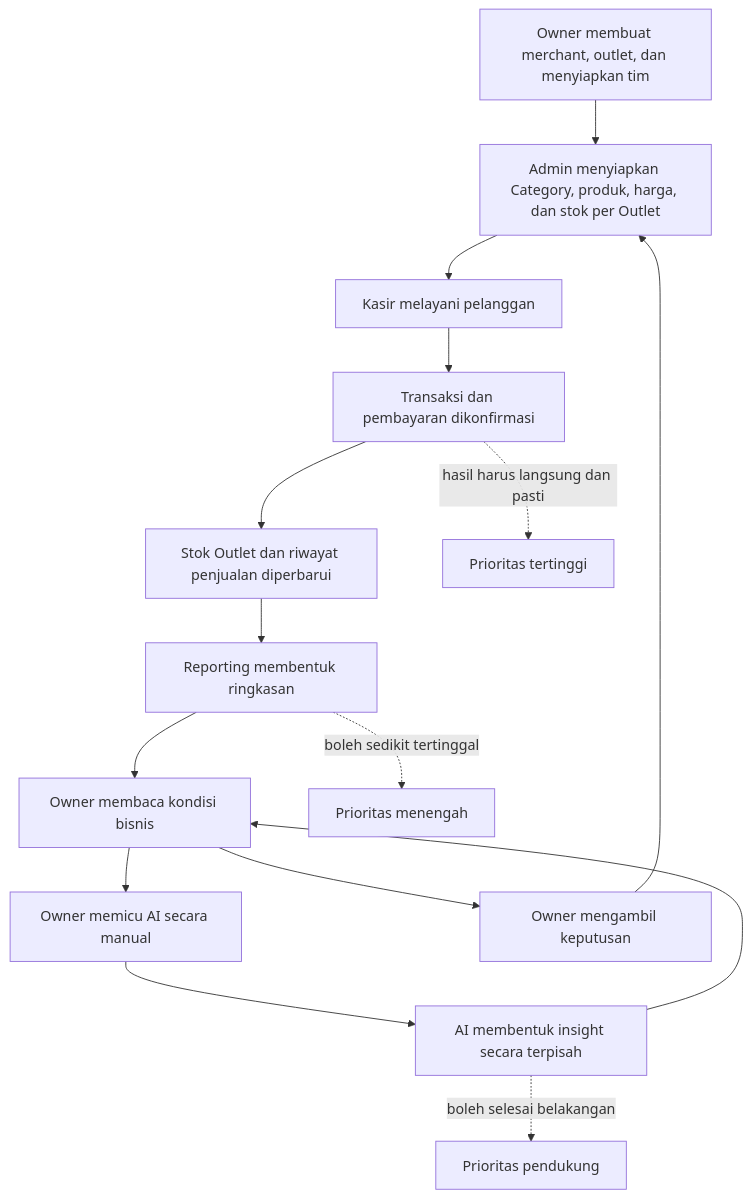
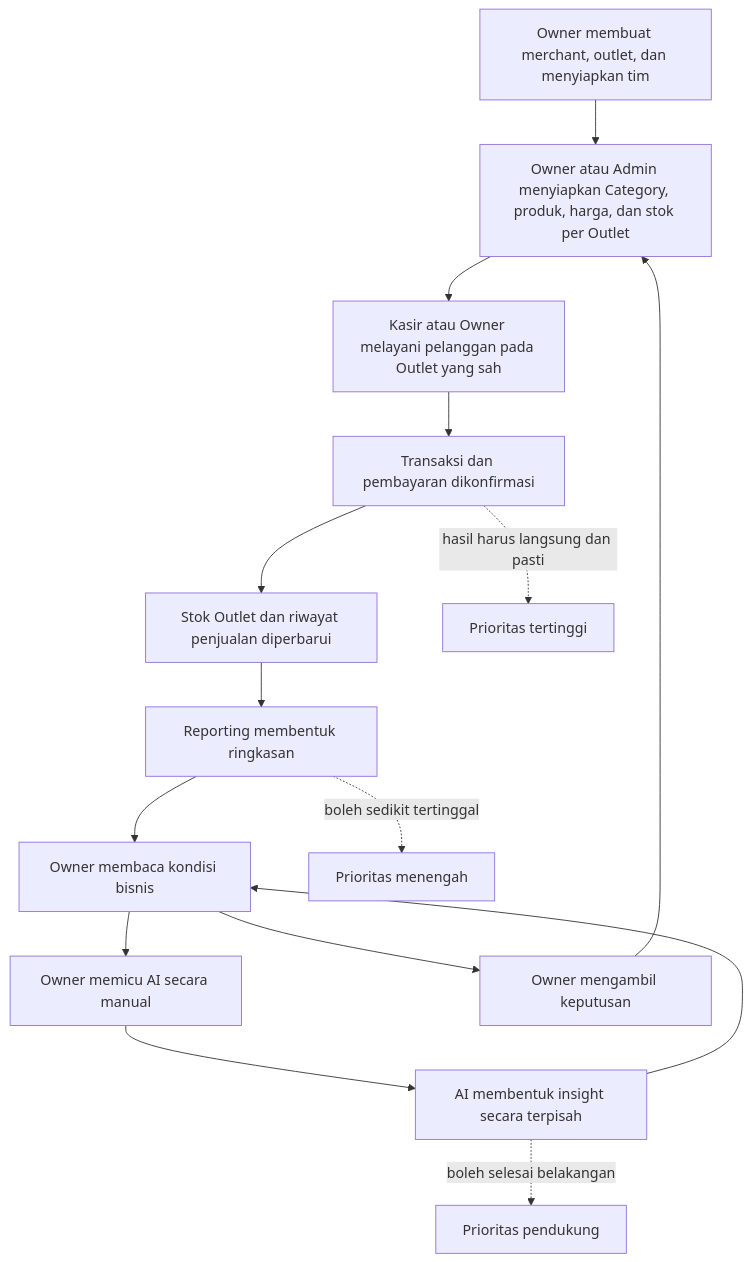
The diagram in docs/deliverables/02-iterasi-1-proposed-urs.md (TeamOneee/pos-project-be), drawn with Mermaid before and after one commit. The commit also changed other lines of this file and 4 other files, not shown here.

````diff
--- a/docs/deliverables/02-iterasi-1-proposed-urs.md
+++ b/docs/deliverables/02-iterasi-1-proposed-urs.md
@@ -185,3 +185,3 @@
 ```mermaid
-flowchart TD; A["Owner membuat merchant, outlet, dan menyiapkan tim"] --> B["Admin menyiapkan Category, produk, harga, dan stok per Outlet"]; B --> C["Kasir melayani pelanggan"]; C --> D["Transaksi dan pembayaran dikonfirmasi"]; D --> E["Stok Outlet dan riwayat penjualan diperbarui"]; E --> F["Reporting membentuk ringkasan"]; F --> H["Owner membaca kondisi bisnis"]; H --> G["Owner memicu AI secara manual"]; G --> J["AI membentuk insight secara terpisah"]; J --> H; H --> I["Owner mengambil keputusan"]; I --> B; D -. "hasil harus langsung dan pasti" .-> K["Prioritas tertinggi"]; F -. "boleh sedikit tertinggal" .-> L["Prioritas menengah"]; J -. "boleh selesai belakangan" .-> M["Prioritas pendukung"];
+flowchart TD; A["Owner membuat merchant, outlet, dan menyiapkan tim"] --> B["Owner atau Admin menyiapkan Category, produk, harga, dan stok per Outlet"]; B --> C["Kasir atau Owner melayani pelanggan pada Outlet yang sah"]; C --> D["Transaksi dan pembayaran dikonfirmasi"]; D --> E["Stok Outlet dan riwayat penjualan diperbarui"]; E --> F["Reporting membentuk ringkasan"]; F --> H["Owner membaca kondisi bisnis"]; H --> G["Owner memicu AI secara manual"]; G --> J["AI membentuk insight secara terpisah"]; J --> H; H --> I["Owner mengambil keputusan"]; I --> B; D -. "hasil harus langsung dan pasti" .-> K["Prioritas tertinggi"]; F -. "boleh sedikit tertinggal" .-> L["Prioritas menengah"]; J -. "boleh selesai belakangan" .-> M["Prioritas pendukung"];
 ```
````
